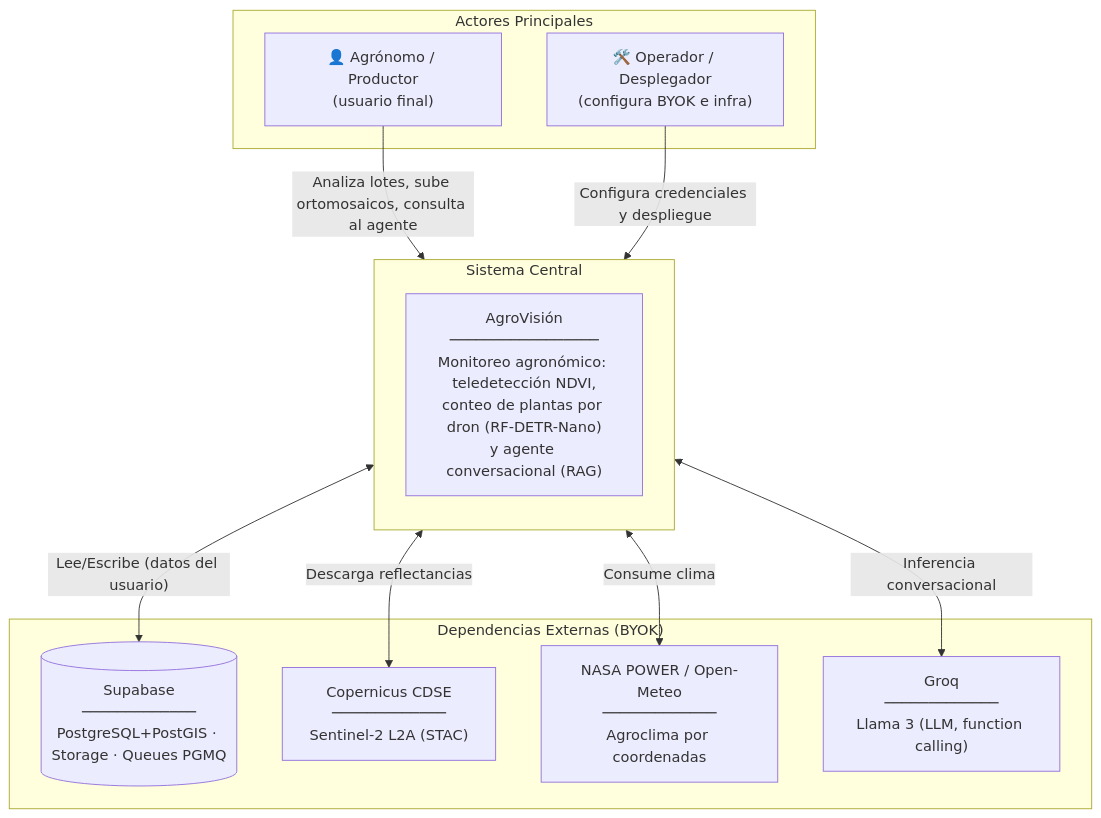
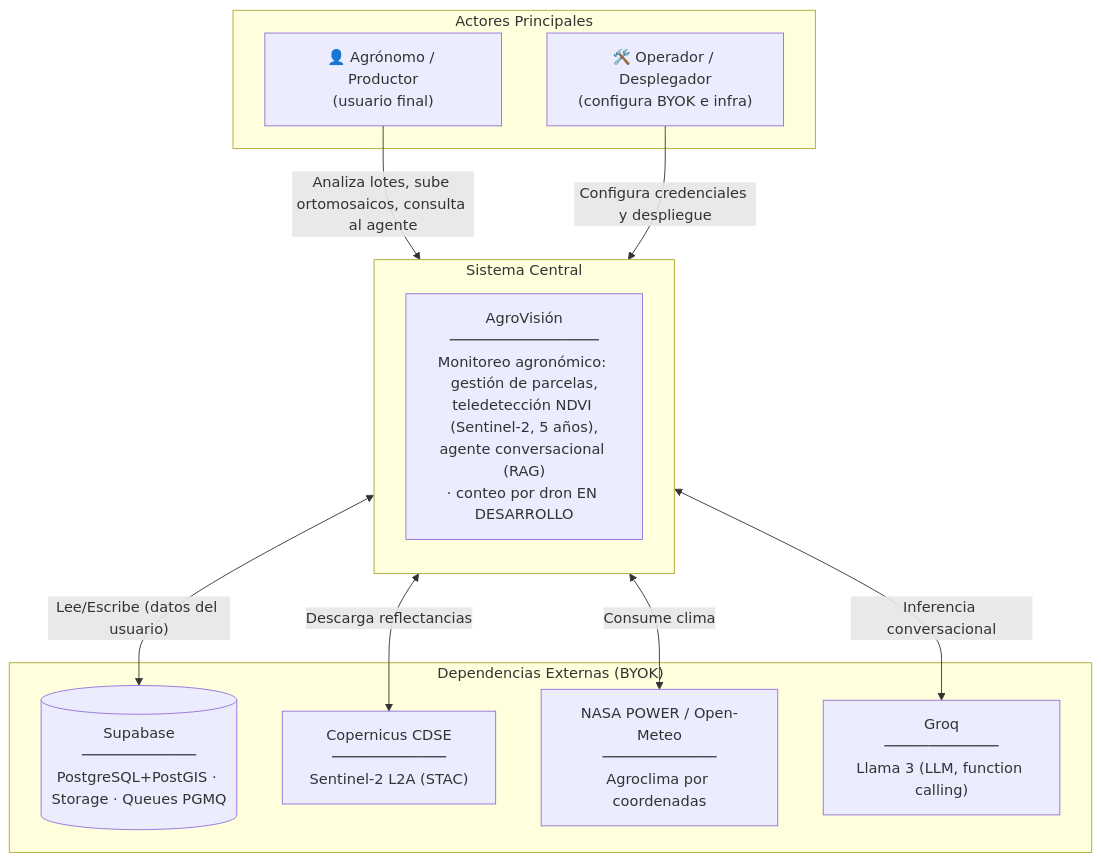
Before and after one commit to AlexPrietoRomani/AgroVision: the first of 7 diagrams in docs/architect/architecture_agrovision.md, drawn with Mermaid. The commit also changed other lines of this file and 1 other file, not shown here.

First line of the commit message:
docs(arquitectura,db): plataforma de 6 módulos, monolito modular y NDVI 5 años

````diff
--- a/docs/architect/architecture_agrovision.md
+++ b/docs/architect/architecture_agrovision.md
@@ -10,26 +16,26 @@
 ```mermaid
 flowchart TB
     subgraph Actores["Actores Principales"]
         U1["👤 Agrónomo / Productor<br/>(usuario final)"]
         U2["🛠️ Operador / Desplegador<br/>(configura BYOK e infra)"]
     end
 
     subgraph Sistema["Sistema Central"]
         direction TB
-        APP["AgroVisión<br/>─────────────────<br/>Monitoreo agronómico: teledetección NDVI,<br/>conteo de plantas por dron (RF-DETR-Nano)<br/>y agente conversacional (RAG)"]
+        APP["AgroVisión<br/>─────────────────<br/>Monitoreo agronómico: gestión de parcelas,<br/>teledetección NDVI (Sentinel-2, 5 años),<br/>agente conversacional (RAG)<br/>· conteo por dron EN DESARROLLO"]
     end
 
     subgraph Externos["Dependencias Externas (BYOK)"]
         SB[("Supabase<br/>─────────────<br/>PostgreSQL+PostGIS · Storage · Queues PGMQ")]
         COP["Copernicus CDSE<br/>─────────────<br/>Sentinel-2 L2A (STAC)"]
         NASA["NASA POWER / Open-Meteo<br/>─────────────<br/>Agroclima por coordenadas"]
         GROQ["Groq<br/>─────────────<br/>Llama 3 (LLM, function calling)"]
     end
 
     U1 -->|"Analiza lotes, sube ortomosaicos, consulta al agente"| APP
     U2 -->|"Configura credenciales y despliegue"| APP
     APP <-->|"Lee/Escribe (datos del usuario)"| SB
     APP <-->|"Descarga reflectancias"| COP
     APP <-->|"Consume clima"| NASA
     APP <-->|"Inferencia conversacional"| GROQ
 ```
````
